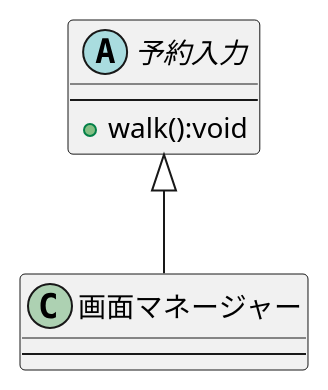
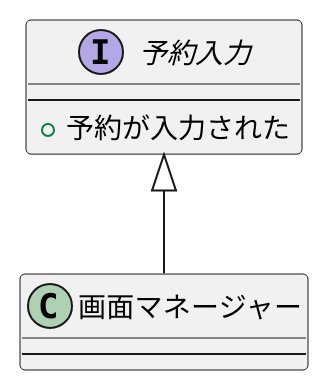
One commit to hatafukuryouya/UML_introduction changed the diagram in 例題3-1_予約入力インターフェース.pu. Above: the diagram before and after it, drawn with PlantUML.

```diff
--- a/例題3-1_予約入力インターフェース.pu
+++ b/例題3-1_予約入力インターフェース.pu
@@ -1,13 +1,13 @@
 @startuml 例題3-1_予約入力インターフェース
-abstract 予約入力{
+interface 予約入力{
 ---
-+walk():void
++予約が入力された
 }
 class 画面マネージャー{
 ---
 }
 予約入力 <|-down-  画面マネージャー
 
 
 
 @enduml
```
